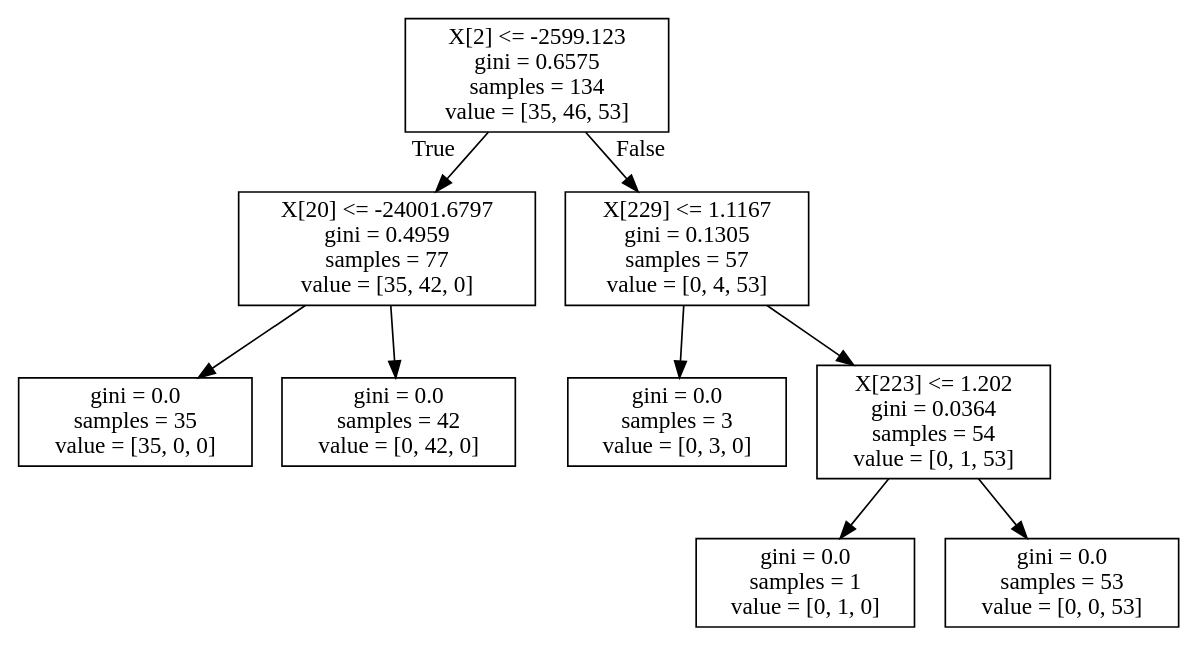
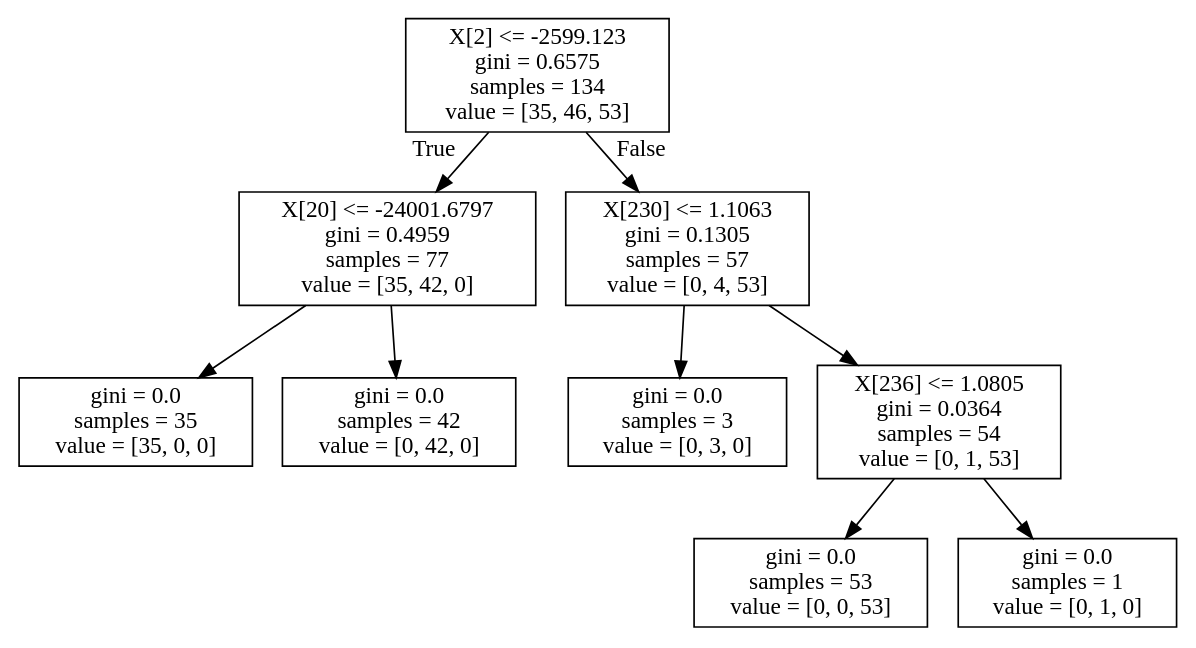
Before and after one commit to dog-vocalization/dog-vocalization: the diagram in image_files/tree.dot, drawn with Graphviz. The commit also changed 1 other file, not shown here.

```diff
--- a/image_files/tree.dot
+++ b/image_files/tree.dot
@@ -1,20 +1,20 @@
 digraph Tree {
 node [shape=box] ;
 0 [label="X[2] <= -2599.123\ngini = 0.6575\nsamples = 134\nvalue = [35, 46, 53]"] ;
 1 [label="X[20] <= -24001.6797\ngini = 0.4959\nsamples = 77\nvalue = [35, 42, 0]"] ;
 0 -> 1 [labeldistance=2.5, labelangle=45, headlabel="True"] ;
 2 [label="gini = 0.0\nsamples = 35\nvalue = [35, 0, 0]"] ;
 1 -> 2 ;
 3 [label="gini = 0.0\nsamples = 42\nvalue = [0, 42, 0]"] ;
 1 -> 3 ;
-4 [label="X[229] <= 1.1167\ngini = 0.1305\nsamples = 57\nvalue = [0, 4, 53]"] ;
+4 [label="X[230] <= 1.1063\ngini = 0.1305\nsamples = 57\nvalue = [0, 4, 53]"] ;
 0 -> 4 [labeldistance=2.5, labelangle=-45, headlabel="False"] ;
 5 [label="gini = 0.0\nsamples = 3\nvalue = [0, 3, 0]"] ;
 4 -> 5 ;
-6 [label="X[223] <= 1.202\ngini = 0.0364\nsamples = 54\nvalue = [0, 1, 53]"] ;
+6 [label="X[236] <= 1.0805\ngini = 0.0364\nsamples = 54\nvalue = [0, 1, 53]"] ;
 4 -> 6 ;
-7 [label="gini = 0.0\nsamples = 1\nvalue = [0, 1, 0]"] ;
+7 [label="gini = 0.0\nsamples = 53\nvalue = [0, 0, 53]"] ;
 6 -> 7 ;
-8 [label="gini = 0.0\nsamples = 53\nvalue = [0, 0, 53]"] ;
+8 [label="gini = 0.0\nsamples = 1\nvalue = [0, 1, 0]"] ;
 6 -> 8 ;
 }
```
